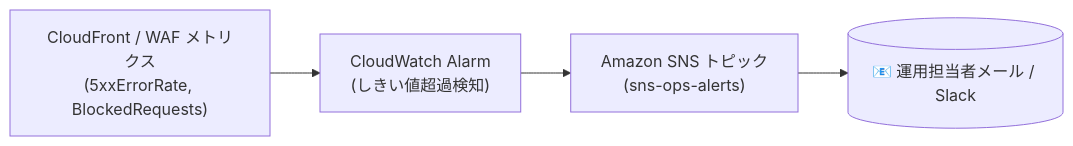
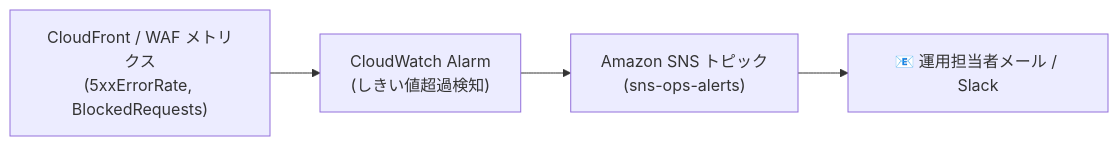
One commit to hide104y/markdown changed diagram 16 of 17 in AWS：CloudFront.md. Above: the diagram before and after it, drawn with Mermaid. The commit also changed other lines of this file and 3 other files, not shown here.

Commit message:
GitHubのMermaidパーサーとの互換性考慮

````diff
--- a/AWS：CloudFront.md
+++ b/AWS：CloudFront.md
@@ -1717,7 +1717,7 @@
 ```mermaid
 flowchart LR
     CF_Metrics["CloudFront / WAF メトリクス<br>(5xxErrorRate, BlockedRequests)"]
     --> CW_Alarm["CloudWatch Alarm<br>(しきい値超過検知)"]
     --> SNS["Amazon SNS トピック<br>(sns-ops-alerts)"]
-    --> Email[("📧 運用担当者メール / Slack")]
+    --> Email["📧 運用担当者メール / Slack"]
 ```
````
